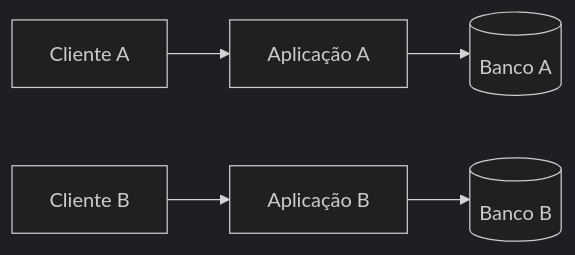
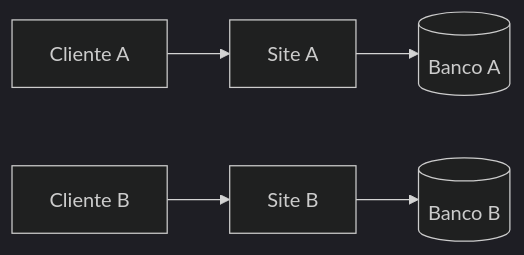
The second of 2 diagrams in docs/ARQUITETURA.md (zztrevisan/protovia), drawn with Mermaid (dark theme) before and after one commit. The commit also changed other lines of this file and 7 other files, not shown here.

````diff
--- a/docs/ARQUITETURA.md
+++ b/docs/ARQUITETURA.md
@@ -33,5 +32,5 @@
 ```mermaid
 flowchart LR
-    A[Cliente A] --> A1[Aplicação A] --> A2[(Banco A)]
-    B[Cliente B] --> B1[Aplicação B] --> B2[(Banco B)]
+    A[Cliente A] --> A1[Site A] --> A2[(Banco A)]
+    B[Cliente B] --> B1[Site B] --> B2[(Banco B)]
 ```
````
